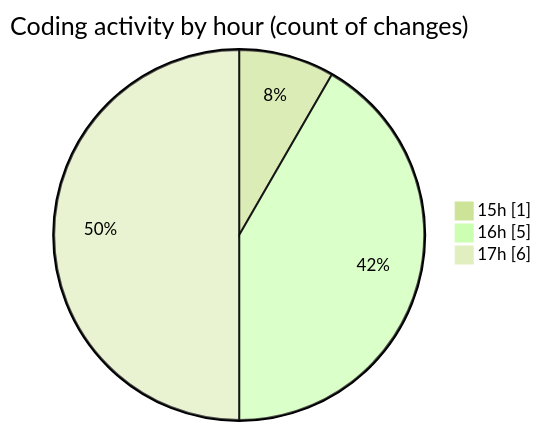
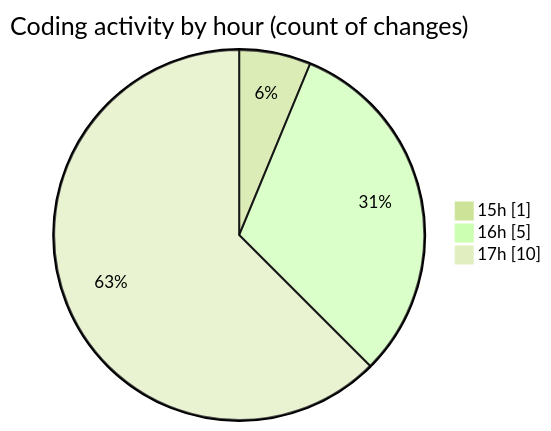
Before and after one commit to debugP/code-tracking: the second of 2 diagrams in 2026-07-24/untitled__workspace_/README.md, drawn with Mermaid (forest theme). The commit also changed other lines of this file and 1 other file, not shown here.

````diff
--- a/2026-07-24/untitled__workspace_/README.md
+++ b/2026-07-24/untitled__workspace_/README.md
@@ -31,7 +31,7 @@
 ```mermaid
 pie showData
 title Coding activity by hour (count of changes)
 "15h" : 1
 "16h" : 5
-"17h" : 6
+"17h" : 10
 ```
````
